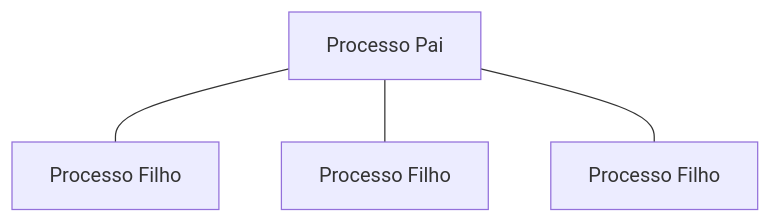
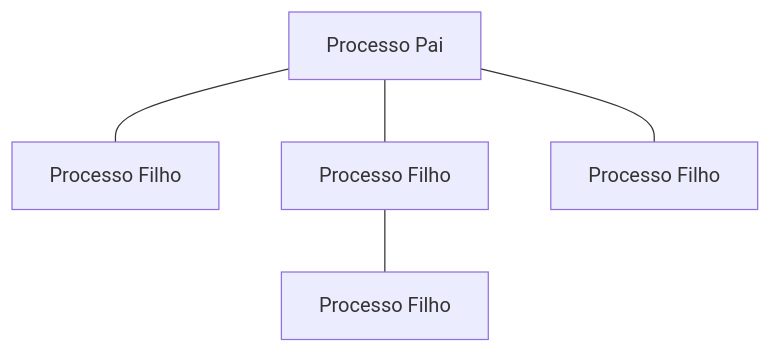
Before and after one commit to elens21/Engenharia-de-Software: the fourth of 4 diagrams in Sistemas Operacionais/sistemas operacionais[1].md, drawn with Mermaid. The commit also changed other lines of this file, not shown here.

````diff
--- a/Sistemas Operacionais/sistemas operacionais[1].md
+++ b/Sistemas Operacionais/sistemas operacionais[1].md
@@ -278,7 +284,8 @@
 ```mermaid
     graph TD
     A[Processo Pai]
     A --- B[ Processo Filho]
     A --- C[ Processo Filho]
     A --- D[ Processo Filho]
+    C --- E[ Processo Filho]
 ```
````
